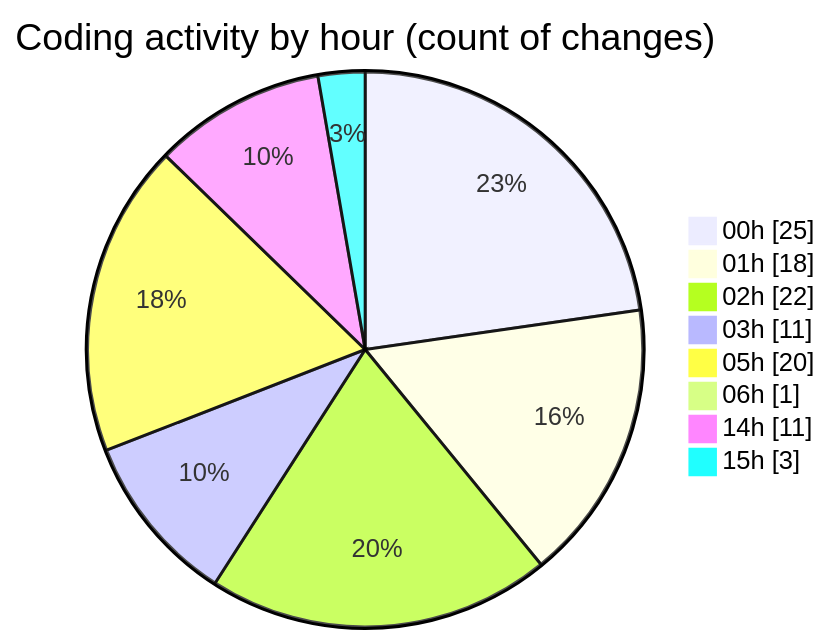
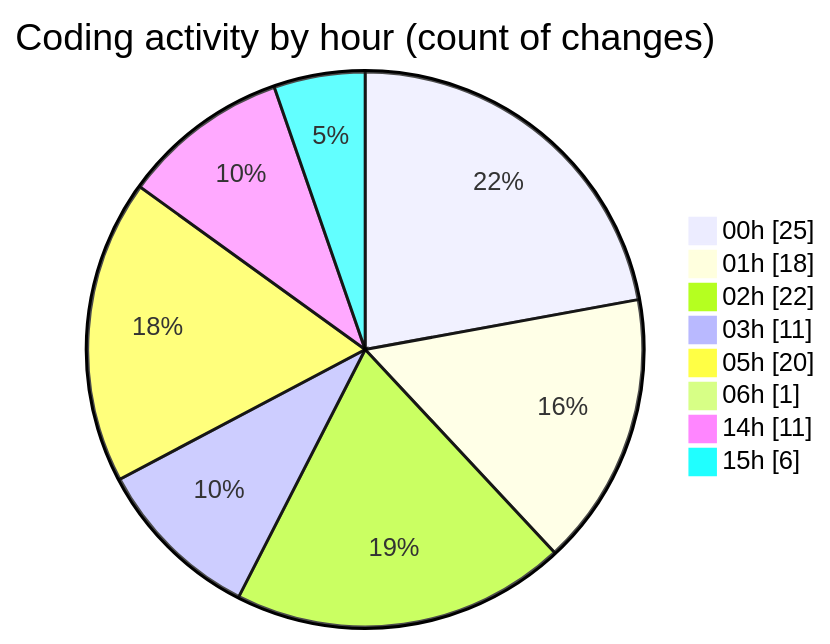
One commit to EIIisD/code-tracking changed the second of 2 diagrams in 2025-07-18/ribbon/README.md. Above: the diagram before and after it, drawn with Mermaid. The commit also changed other lines of this file and 1 other file, not shown here.

````diff
--- a/2025-07-18/ribbon/README.md
+++ b/2025-07-18/ribbon/README.md
@@ -40,12 +40,12 @@
 ```mermaid
 pie showData
 title Coding activity by hour (count of changes)
 "00h" : 25
 "01h" : 18
 "02h" : 22
 "03h" : 11
 "05h" : 20
 "06h" : 1
 "14h" : 11
-"15h" : 3
+"15h" : 6
 ```
````
